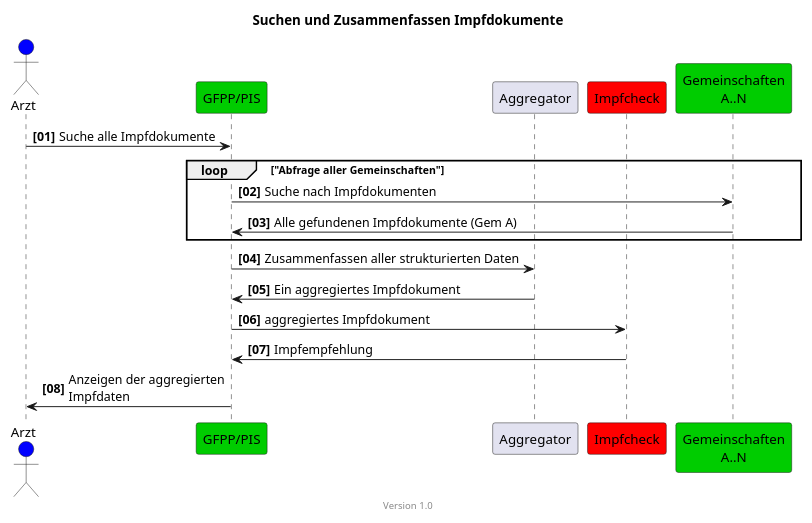
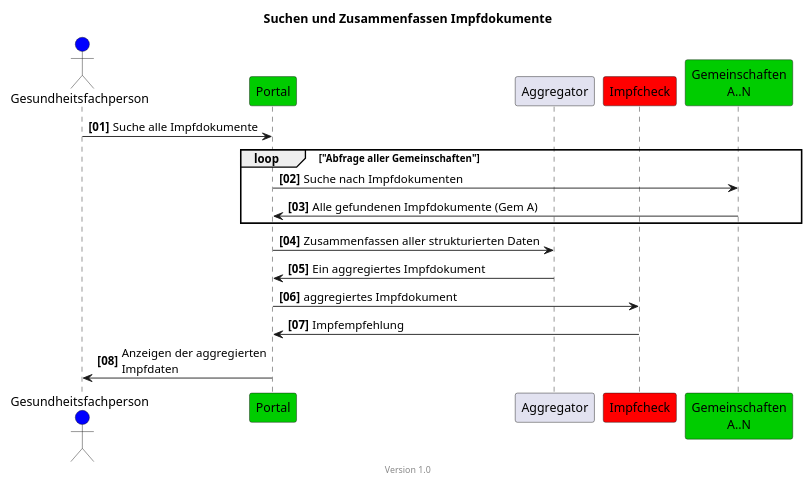
The diagram in input/images-source/epd-impfcheck-vaccination-docs-simple-de.plantuml (hl7ch/ch-vacd), drawn with PlantUML before and after one commit. The commit also changed 12 other files, not shown here.

```diff
--- a/input/images-source/epd-impfcheck-vaccination-docs-simple-de.plantuml
+++ b/input/images-source/epd-impfcheck-vaccination-docs-simple-de.plantuml
@@ -1,27 +1,27 @@
 @startuml
 title Suchen und Zusammenfassen Impfdokumente
 footer Version 1.0
 skinparam responseMessageBelowArrow true
 scale max 800 width
 
-actor Arzt #blue
-participant "GFPP/PIS" #00CC00
+actor Gesundheitsfachperson AS Arzt #blue
+participant "Portal" #00CC00
 participant "Aggregator"
 participant "Impfcheck" #red
 
 participant "Gemeinschaften\nA..N" #00CC00
 
 autonumber "<b>[00]"
-Arzt -> "GFPP/PIS": Suche alle Impfdokumente
+Arzt -> "Portal": Suche alle Impfdokumente
 loop "Abfrage aller Gemeinschaften"
-"GFPP/PIS" -> "Gemeinschaften\nA..N": Suche nach Impfdokumenten
-"Gemeinschaften\nA..N" -> "GFPP/PIS": Alle gefundenen Impfdokumente (Gem A)
+"Portal" -> "Gemeinschaften\nA..N": Suche nach Impfdokumenten
+"Gemeinschaften\nA..N" -> "Portal": Alle gefundenen Impfdokumente (Gem A)
 end
-"GFPP/PIS" -> "Aggregator": Zusammenfassen aller strukturierten Daten
-"Aggregator" ->  "GFPP/PIS": Ein aggregiertes Impfdokument
-' "GFPP/PIS" -> "GFPP/PIS": Pseudonymisieren
-"GFPP/PIS" ->  "Impfcheck": aggregiertes Impfdokument
-"Impfcheck" -> "GFPP/PIS": Impfempfehlung
-"GFPP/PIS" -> Arzt: Anzeigen der aggregierten\nImpfdaten
+"Portal" -> "Aggregator": Zusammenfassen aller strukturierten Daten
+"Aggregator" ->  "Portal": Ein aggregiertes Impfdokument
+' "Portal" -> "Portal": Pseudonymisieren
+"Portal" ->  "Impfcheck": aggregiertes Impfdokument
+"Impfcheck" -> "Portal": Impfempfehlung
+"Portal" -> Arzt: Anzeigen der aggregierten\nImpfdaten
 
 @enduml
```
